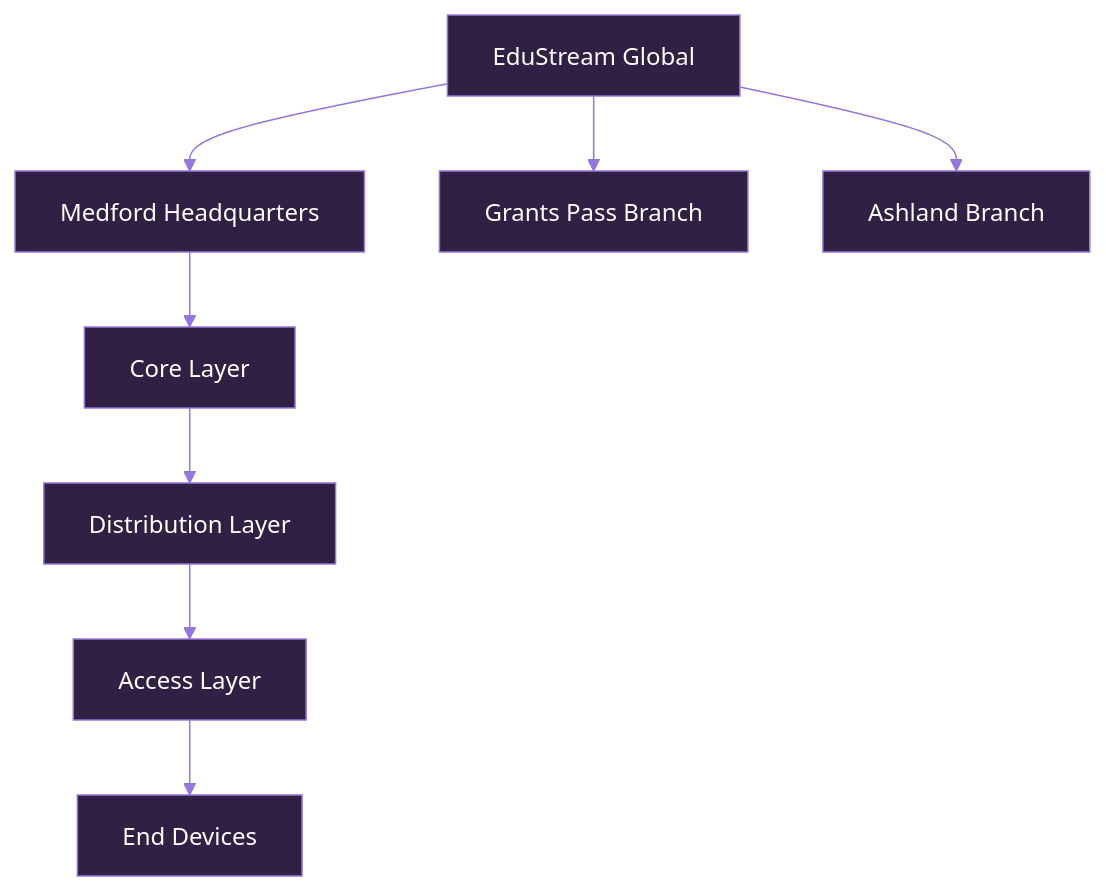
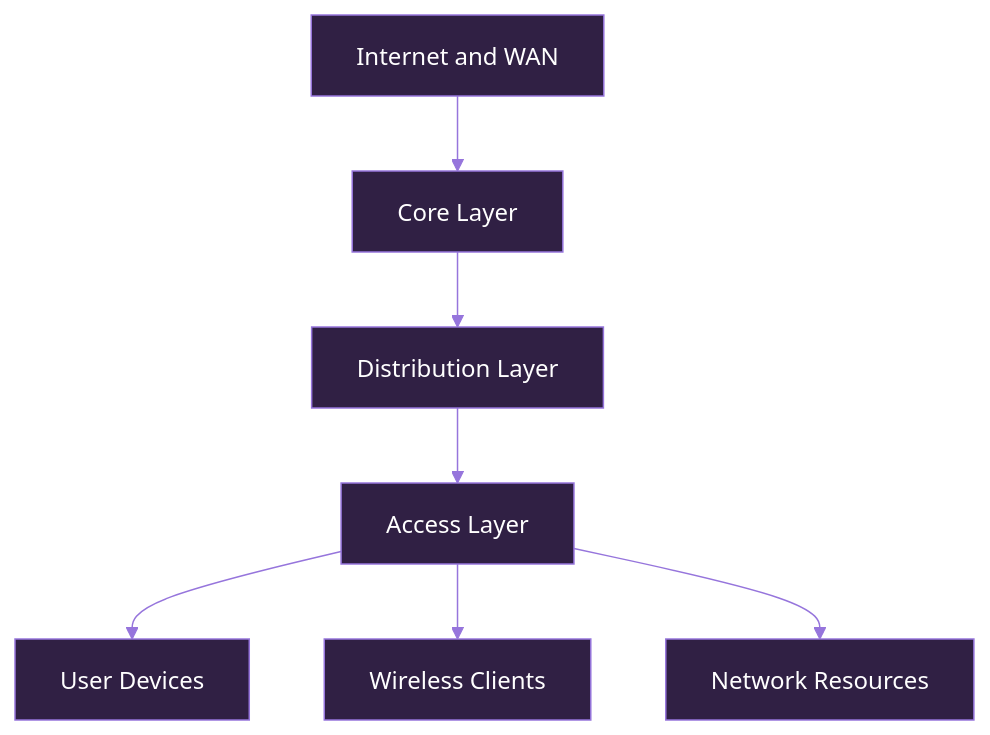
One commit to rosinss/enterprise-network-design changed the first of 3 diagrams in README.md. Above: the diagram before and after it, drawn with Mermaid. The commit also changed other lines of this file, not shown here.

Commit message:
Finalize enterprise network design portfolio documentation

````diff
--- a/README.md
+++ b/README.md
@@ -77,11 +250,10 @@
 ```mermaid
 %%{init: {'theme':'base','themeVariables':{'primaryColor':'#302044','primaryTextColor':'#FFFFFF','primaryBorderColor':'#9675DC','lineColor':'#9675DC'}}}%%
 flowchart TD
-    A[EduStream Global] --> B[Medford Headquarters]
-    A --> C[Grants Pass Branch]
-    A --> D[Ashland Branch]
-    B --> E[Core Layer]
-    E --> F[Distribution Layer]
-    F --> G[Access Layer]
-    G --> H[End Devices]
+    A[Internet and WAN] --> B[Core Layer]
+    B --> C[Distribution Layer]
+    C --> D[Access Layer]
+    D --> E[User Devices]
+    D --> F[Wireless Clients]
+    D --> G[Network Resources]
 ```
````
